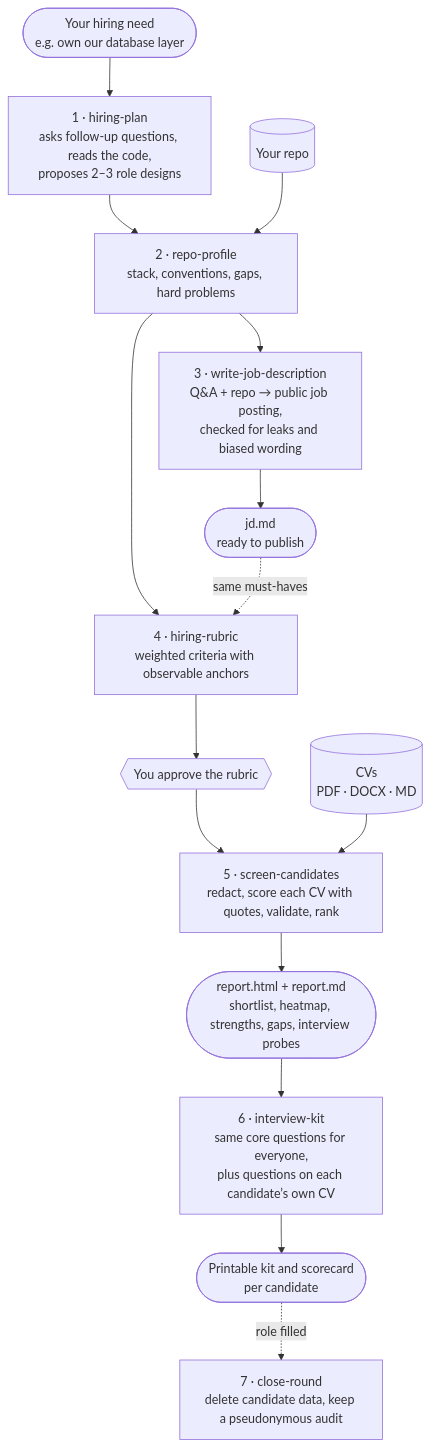
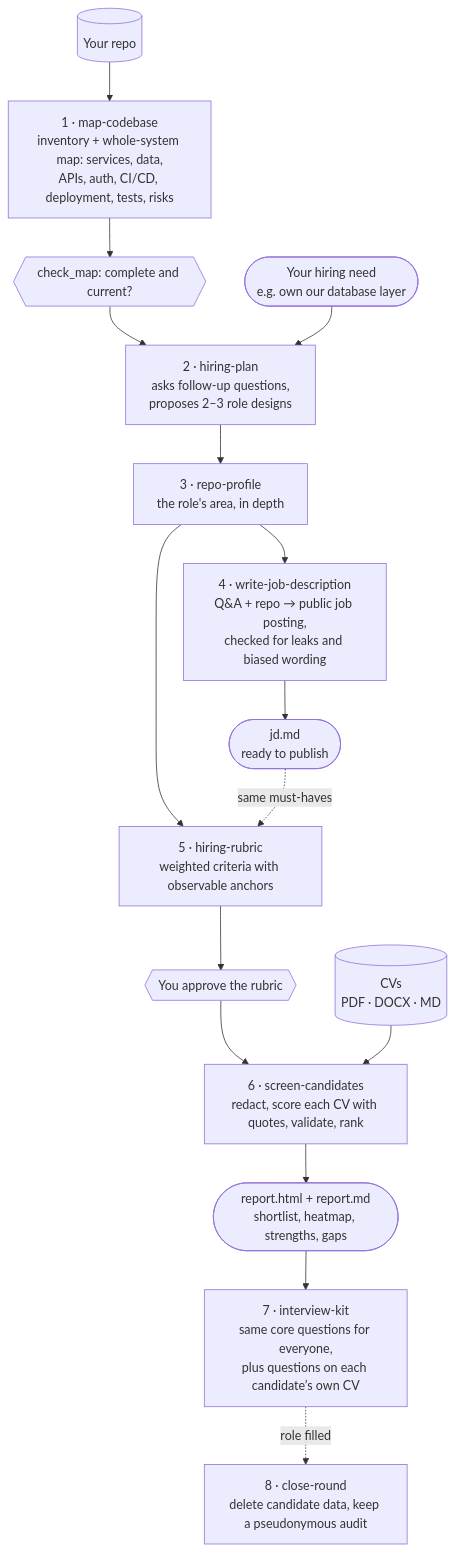
One commit to shikhar58/repo-aware-hiring changed the diagram in docs/assets/how-it-works.mmd. Above: the diagram before and after it, drawn with Mermaid. The commit also changed 27 other files, not shown here.

First line of the commit message:
Add map-codebase: understand the whole system before any hiring work (v0.8.0)

```diff
--- a/docs/assets/how-it-works.mmd
+++ b/docs/assets/how-it-works.mmd
@@ -1,15 +1,16 @@
 flowchart TB
-    need(["Your hiring need<br/>e.g. own our database layer"]) --> plan["1 · hiring-plan<br/>asks follow-up questions, reads the code,<br/>proposes 2–3 role designs"]
-    plan --> profile["2 · repo-profile<br/>stack, conventions, gaps, hard problems"]
-    repo[("Your repo")] --> profile
-    profile --> jdw["3 · write-job-description<br/>Q&A + repo → public job posting,<br/>checked for leaks and biased wording"]
+    repo[("Your repo")] --> map["1 · map-codebase<br/>inventory + whole-system map: services, data,<br/>APIs, auth, CI/CD, deployment, tests, risks"]
+    map --> gate{{"check_map: complete and current?"}}
+    gate --> plan["2 · hiring-plan<br/>asks follow-up questions,<br/>proposes 2–3 role designs"]
+    need(["Your hiring need<br/>e.g. own our database layer"]) --> plan
+    plan --> profile["3 · repo-profile<br/>the role's area, in depth"]
+    profile --> jdw["4 · write-job-description<br/>Q&A + repo → public job posting,<br/>checked for leaks and biased wording"]
     jdw --> post(["jd.md<br/>ready to publish"])
-    profile --> rubric["4 · hiring-rubric<br/>weighted criteria with observable anchors"]
+    profile --> rubric["5 · hiring-rubric<br/>weighted criteria with observable anchors"]
     post -. same must-haves .-> rubric
     rubric --> approve{{"You approve the rubric"}}
-    approve --> screen["5 · screen-candidates<br/>redact, score each CV with quotes, validate, rank"]
+    approve --> screen["6 · screen-candidates<br/>redact, score each CV with quotes, validate, rank"]
     cvs[("CVs<br/>PDF · DOCX · MD")] --> screen
-    screen --> report(["report.html + report.md<br/>shortlist, heatmap, strengths, gaps, interview probes"])
-    report --> kit["6 · interview-kit<br/>same core questions for everyone,<br/>plus questions on each candidate’s own CV"]
-    kit --> card(["Printable kit and scorecard<br/>per candidate"])
-    card -.->|role filled| close["7 · close-round<br/>delete candidate data, keep a pseudonymous audit"]
+    screen --> report(["report.html + report.md<br/>shortlist, heatmap, strengths, gaps"])
+    report --> kit["7 · interview-kit<br/>same core questions for everyone,<br/>plus questions on each candidate’s own CV"]
+    kit -.->|role filled| close["8 · close-round<br/>delete candidate data, keep a pseudonymous audit"]
```
